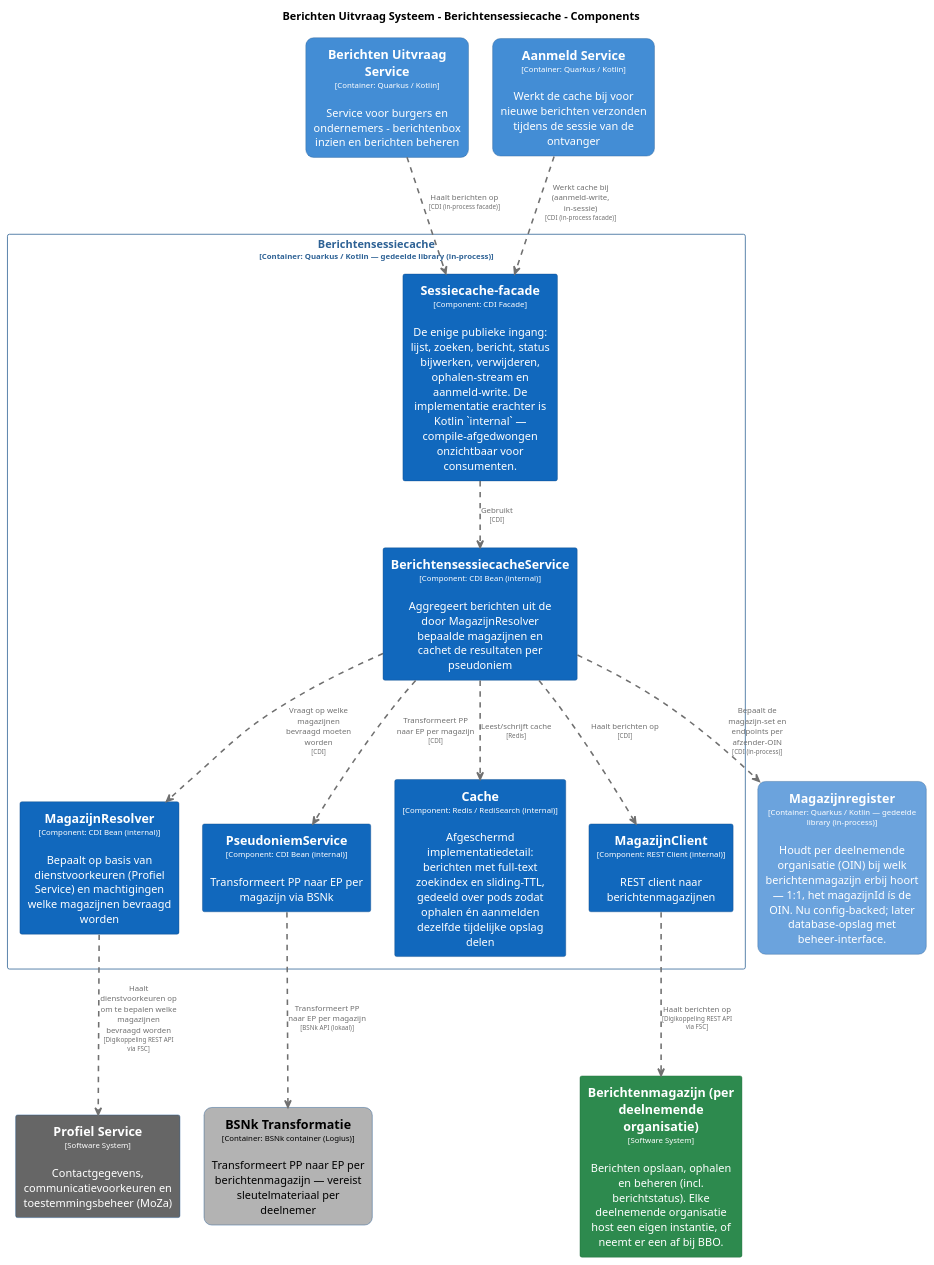
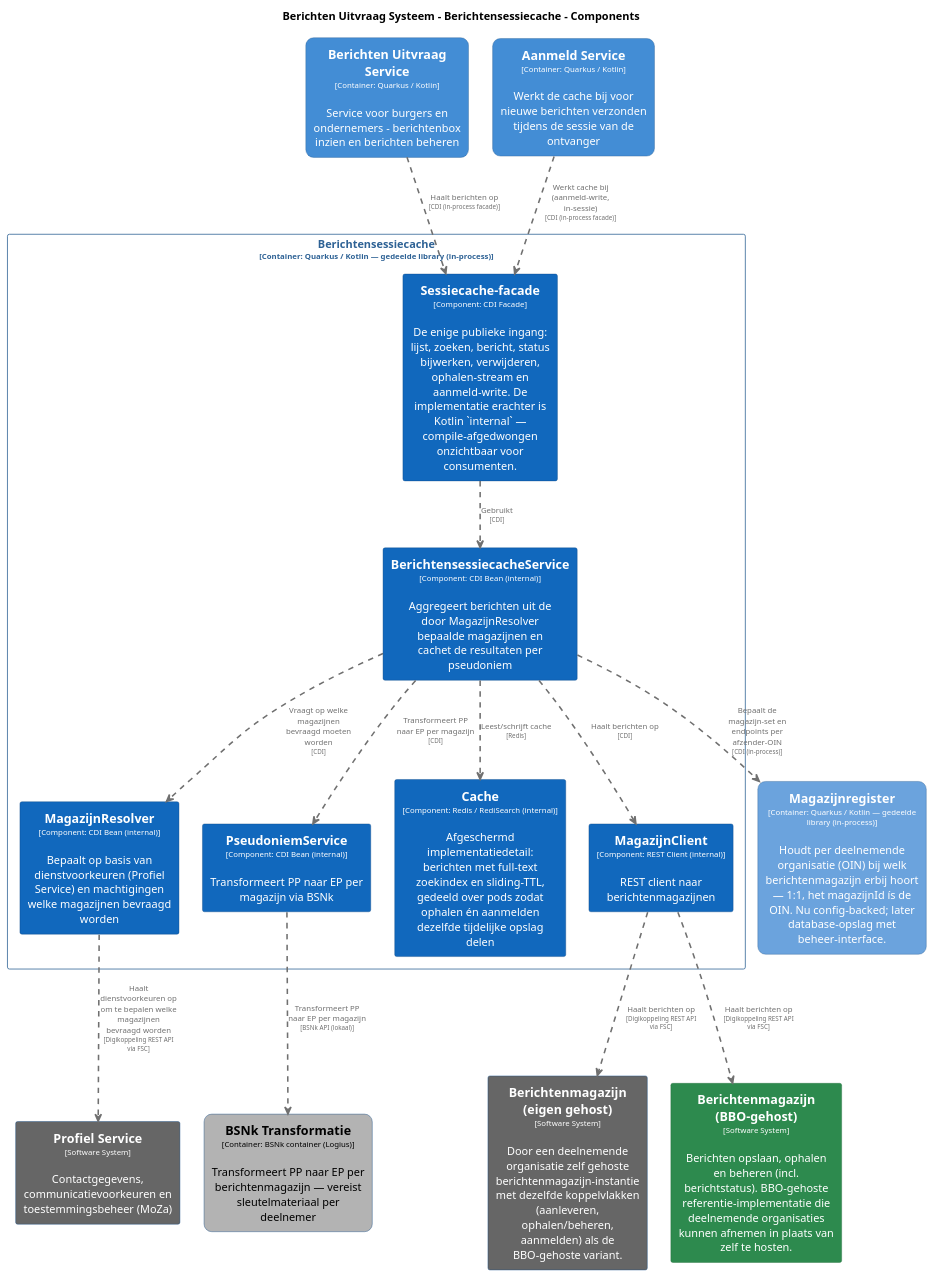
The diagram in master/puml/BerichtensessiecacheComponenten.puml (MinBZK/moza-poc-fbs-berichtenbox), drawn with PlantUML before and after one commit. The commit also changed 90 other files, not shown here.

```diff
--- a/master/puml/BerichtensessiecacheComponenten.puml
+++ b/master/puml/BerichtensessiecacheComponenten.puml
@@ -1,127 +1,135 @@
 @startuml
 set separator none
 title Berichten Uitvraag Systeem - Berichtensessiecache - Components
 
 top to bottom direction
 skinparam ranksep 60
 skinparam nodesep 30
 
 skinparam {
   arrowFontSize 10
   defaultTextAlignment center
   wrapWidth 200
   maxMessageSize 100
 }
 
 hide stereotype
 
 skinparam rectangle<<BerichtenUitvraagSysteem.AanmeldService>> {
   BackgroundColor #438dd5
   FontColor #ffffff
   BorderColor #2e6295
   roundCorner 20
   shadowing false
 }
 skinparam rectangle<<BerichtenUitvraagSysteem.BSNkTransformatie>> {
   BackgroundColor #b3b3b3
   FontColor #000000
   BorderColor #0b4884
   roundCorner 20
   shadowing false
 }
 skinparam rectangle<<BerichtenUitvraagSysteem.BerichtenUitvraagService>> {
   BackgroundColor #438dd5
   FontColor #ffffff
   BorderColor #2e6295
   roundCorner 20
   shadowing false
 }
-skinparam rectangle<<Berichtenmagazijnperdeelnemendeorganisatie>> {
+skinparam rectangle<<BerichtenmagazijnBBOgehost>> {
   BackgroundColor #2d8a4e
   FontColor #ffffff
   BorderColor #1e6b38
+  shadowing false
+}
+skinparam rectangle<<Berichtenmagazijneigengehost>> {
+  BackgroundColor #666666
+  FontColor #ffffff
+  BorderColor #0b4884
   shadowing false
 }
 skinparam rectangle<<BerichtenUitvraagSysteem.Berichtensessiecache.BerichtensessiecacheService>> {
   BackgroundColor #1168bd
   FontColor #ffffff
   BorderColor #0b4884
   shadowing false
 }
 skinparam rectangle<<BerichtenUitvraagSysteem.Berichtensessiecache.Cache>> {
   BackgroundColor #1168bd
   FontColor #ffffff
   BorderColor #0b4884
   shadowing false
 }
 skinparam rectangle<<BerichtenUitvraagSysteem.Berichtensessiecache.MagazijnClient>> {
   BackgroundColor #1168bd
   FontColor #ffffff
   BorderColor #0b4884
   shadowing false
 }
 skinparam rectangle<<BerichtenUitvraagSysteem.Berichtensessiecache.MagazijnResolver>> {
   BackgroundColor #1168bd
   FontColor #ffffff
   BorderColor #0b4884
   shadowing false
 }
 skinparam rectangle<<BerichtenUitvraagSysteem.Magazijnregister>> {
   BackgroundColor #6ba3dd
   FontColor #ffffff
   BorderColor #2e6295
   roundCorner 20
   shadowing false
 }
 skinparam rectangle<<ProfielService>> {
   BackgroundColor #666666
   FontColor #ffffff
   BorderColor #0b4884
   shadowing false
 }
 skinparam rectangle<<BerichtenUitvraagSysteem.Berichtensessiecache.PseudoniemService>> {
   BackgroundColor #1168bd
   FontColor #ffffff
   BorderColor #0b4884
   shadowing false
 }
 skinparam rectangle<<BerichtenUitvraagSysteem.Berichtensessiecache.Sessiecachefacade>> {
   BackgroundColor #1168bd
   FontColor #ffffff
   BorderColor #0b4884
   shadowing false
 }
 skinparam rectangle<<BerichtenUitvraagSysteem.Berichtensessiecache>> {
   BorderColor #2e6295
   FontColor #2e6295
   shadowing false
 }
 
 rectangle "==Profiel Service\n<size:10>[Software System]</size>\n\nContactgegevens, communicatievoorkeuren en toestemmingsbeheer (MoZa)" <<ProfielService>> as ProfielService
-rectangle "==Berichtenmagazijn (per deelnemende organisatie)\n<size:10>[Software System]</size>\n\nBerichten opslaan, ophalen en beheren (incl. berichtstatus). Elke deelnemende organisatie host een eigen instantie, of neemt er een af bij BBO." <<Berichtenmagazijnperdeelnemendeorganisatie>> as Berichtenmagazijnperdeelnemendeorganisatie
+rectangle "==Berichtenmagazijn (eigen gehost)\n<size:10>[Software System]</size>\n\nDoor een deelnemende organisatie zelf gehoste berichtenmagazijn-instantie met dezelfde koppelvlakken (aanleveren, ophalen/beheren, aanmelden) als de BBO-gehoste variant." <<Berichtenmagazijneigengehost>> as Berichtenmagazijneigengehost
+rectangle "==Berichtenmagazijn (BBO-gehost)\n<size:10>[Software System]</size>\n\nBerichten opslaan, ophalen en beheren (incl. berichtstatus). BBO-gehoste referentie-implementatie die deelnemende organisaties kunnen afnemen in plaats van zelf te hosten." <<BerichtenmagazijnBBOgehost>> as BerichtenmagazijnBBOgehost
 rectangle "==Berichten Uitvraag Service\n<size:10>[Container: Quarkus / Kotlin]</size>\n\nService voor burgers en ondernemers - berichtenbox inzien en berichten beheren" <<BerichtenUitvraagSysteem.BerichtenUitvraagService>> as BerichtenUitvraagSysteem.BerichtenUitvraagService
 rectangle "==BSNk Transformatie\n<size:10>[Container: BSNk container (Logius)]</size>\n\nTransformeert PP naar EP per berichtenmagazijn — vereist sleutelmateriaal per deelnemer" <<BerichtenUitvraagSysteem.BSNkTransformatie>> as BerichtenUitvraagSysteem.BSNkTransformatie
 rectangle "==Aanmeld Service\n<size:10>[Container: Quarkus / Kotlin]</size>\n\nWerkt de cache bij voor nieuwe berichten verzonden tijdens de sessie van de ontvanger" <<BerichtenUitvraagSysteem.AanmeldService>> as BerichtenUitvraagSysteem.AanmeldService
 rectangle "==Magazijnregister\n<size:10>[Container: Quarkus / Kotlin — gedeelde library (in-process)]</size>\n\nHoudt per deelnemende organisatie (OIN) bij welk berichtenmagazijn erbij hoort — 1:1, het magazijnId ís de OIN. Nu config-backed; later database-opslag met beheer-interface." <<BerichtenUitvraagSysteem.Magazijnregister>> as BerichtenUitvraagSysteem.Magazijnregister
 
 rectangle "Berichtensessiecache\n<size:10>[Container: Quarkus / Kotlin — gedeelde library (in-process)]</size>" <<BerichtenUitvraagSysteem.Berichtensessiecache>> {
   rectangle "==Sessiecache-facade\n<size:10>[Component: CDI Facade]</size>\n\nDe enige publieke ingang: lijst, zoeken, bericht, status bijwerken, verwijderen, ophalen-stream en aanmeld-write. De implementatie erachter is Kotlin `internal` — compile-afgedwongen onzichtbaar voor consumenten." <<BerichtenUitvraagSysteem.Berichtensessiecache.Sessiecachefacade>> as BerichtenUitvraagSysteem.Berichtensessiecache.Sessiecachefacade
   rectangle "==MagazijnResolver\n<size:10>[Component: CDI Bean (internal)]</size>\n\nBepaalt op basis van dienstvoorkeuren (Profiel Service) en machtigingen welke magazijnen bevraagd worden" <<BerichtenUitvraagSysteem.Berichtensessiecache.MagazijnResolver>> as BerichtenUitvraagSysteem.Berichtensessiecache.MagazijnResolver
   rectangle "==PseudoniemService\n<size:10>[Component: CDI Bean (internal)]</size>\n\nTransformeert PP naar EP per magazijn via BSNk" <<BerichtenUitvraagSysteem.Berichtensessiecache.PseudoniemService>> as BerichtenUitvraagSysteem.Berichtensessiecache.PseudoniemService
   rectangle "==BerichtensessiecacheService\n<size:10>[Component: CDI Bean (internal)]</size>\n\nAggregeert berichten uit de door MagazijnResolver bepaalde magazijnen en cachet de resultaten per pseudoniem" <<BerichtenUitvraagSysteem.Berichtensessiecache.BerichtensessiecacheService>> as BerichtenUitvraagSysteem.Berichtensessiecache.BerichtensessiecacheService
   rectangle "==Cache\n<size:10>[Component: Redis / RediSearch (internal)]</size>\n\nAfgeschermd implementatiedetail: berichten met full-text zoekindex en sliding-TTL, gedeeld over pods zodat ophalen én aanmelden dezelfde tijdelijke opslag delen" <<BerichtenUitvraagSysteem.Berichtensessiecache.Cache>> as BerichtenUitvraagSysteem.Berichtensessiecache.Cache
   rectangle "==MagazijnClient\n<size:10>[Component: REST Client (internal)]</size>\n\nREST client naar berichtenmagazijnen" <<BerichtenUitvraagSysteem.Berichtensessiecache.MagazijnClient>> as BerichtenUitvraagSysteem.Berichtensessiecache.MagazijnClient
 }
 
+BerichtenUitvraagSysteem.Berichtensessiecache.MagazijnClient .[#707070,thickness=2].> Berichtenmagazijneigengehost : "<color:#707070>Haalt berichten op\n<color:#707070><size:8>[Digikoppeling REST API via FSC]</size>"
 BerichtenUitvraagSysteem.Berichtensessiecache.MagazijnResolver .[#707070,thickness=2].> ProfielService : "<color:#707070>Haalt dienstvoorkeuren op om te bepalen welke magazijnen bevraagd worden\n<color:#707070><size:8>[Digikoppeling REST API via FSC]</size>"
-BerichtenUitvraagSysteem.Berichtensessiecache.MagazijnClient .[#707070,thickness=2].> Berichtenmagazijnperdeelnemendeorganisatie : "<color:#707070>Haalt berichten op\n<color:#707070><size:8>[Digikoppeling REST API via FSC]</size>"
+BerichtenUitvraagSysteem.Berichtensessiecache.MagazijnClient .[#707070,thickness=2].> BerichtenmagazijnBBOgehost : "<color:#707070>Haalt berichten op\n<color:#707070><size:8>[Digikoppeling REST API via FSC]</size>"
 BerichtenUitvraagSysteem.Berichtensessiecache.Sessiecachefacade .[#707070,thickness=2].> BerichtenUitvraagSysteem.Berichtensessiecache.BerichtensessiecacheService : "<color:#707070>Gebruikt\n<color:#707070><size:8>[CDI]</size>"
 BerichtenUitvraagSysteem.Berichtensessiecache.BerichtensessiecacheService .[#707070,thickness=2].> BerichtenUitvraagSysteem.Berichtensessiecache.MagazijnResolver : "<color:#707070>Vraagt op welke magazijnen bevraagd moeten worden\n<color:#707070><size:8>[CDI]</size>"
 BerichtenUitvraagSysteem.Berichtensessiecache.BerichtensessiecacheService .[#707070,thickness=2].> BerichtenUitvraagSysteem.Berichtensessiecache.PseudoniemService : "<color:#707070>Transformeert PP naar EP per magazijn\n<color:#707070><size:8>[CDI]</size>"
 BerichtenUitvraagSysteem.Berichtensessiecache.BerichtensessiecacheService .[#707070,thickness=2].> BerichtenUitvraagSysteem.Berichtensessiecache.Cache : "<color:#707070>Leest/schrijft cache\n<color:#707070><size:8>[Redis]</size>"
 BerichtenUitvraagSysteem.Berichtensessiecache.BerichtensessiecacheService .[#707070,thickness=2].> BerichtenUitvraagSysteem.Berichtensessiecache.MagazijnClient : "<color:#707070>Haalt berichten op\n<color:#707070><size:8>[CDI]</size>"
 BerichtenUitvraagSysteem.Berichtensessiecache.PseudoniemService .[#707070,thickness=2].> BerichtenUitvraagSysteem.BSNkTransformatie : "<color:#707070>Transformeert PP naar EP per magazijn\n<color:#707070><size:8>[BSNk API (lokaal)]</size>"
 BerichtenUitvraagSysteem.AanmeldService .[#707070,thickness=2].> BerichtenUitvraagSysteem.Berichtensessiecache.Sessiecachefacade : "<color:#707070>Werkt cache bij (aanmeld-write, in-sessie)\n<color:#707070><size:8>[CDI (in-process facade)]</size>"
 BerichtenUitvraagSysteem.BerichtenUitvraagService .[#707070,thickness=2].> BerichtenUitvraagSysteem.Berichtensessiecache.Sessiecachefacade : "<color:#707070>Haalt berichten op\n<color:#707070><size:8>[CDI (in-process facade)]</size>"
 BerichtenUitvraagSysteem.Berichtensessiecache.BerichtensessiecacheService .[#707070,thickness=2].> BerichtenUitvraagSysteem.Magazijnregister : "<color:#707070>Bepaalt de magazijn-set en endpoints per afzender-OIN\n<color:#707070><size:8>[CDI (in-process)]</size>"
 @enduml
```
